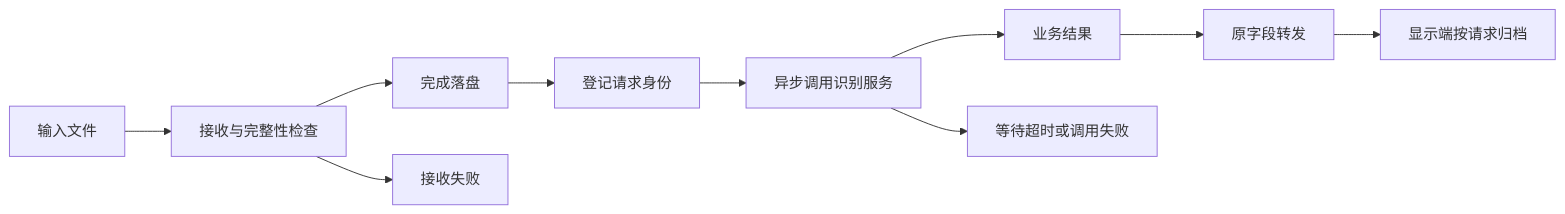
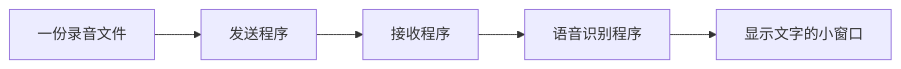
One commit to dreamcather726/ai-interaction-ui changed the diagram in docs/知识点/第二周/接口调用工程师｜第二周专业知识自学清单.md. Above: the diagram before and after it, drawn with Mermaid. The commit also changed other lines of this file and 11 other files, not shown here.

````diff
--- a/docs/知识点/第二周/接口调用工程师｜第二周专业知识自学清单.md
+++ b/docs/知识点/第二周/接口调用工程师｜第二周专业知识自学清单.md
@@ -15,12 +9,7 @@
 ```mermaid
 flowchart LR
-    A[输入文件] --> B[接收与完整性检查]
-    B --> C[完成落盘]
-    C --> D[登记请求身份]
-    D --> E[异步调用识别服务]
-    E --> F[业务结果]
-    F --> G[原字段转发]
-    G --> H[显示端按请求归档]
-    B --> X[接收失败]
-    E --> Y[等待超时或调用失败]
+    A[一份录音文件] --> B[发送程序]
+    B --> C[接收程序]
+    C --> D[语音识别程序]
+    D --> E[显示文字的小窗口]
 ```
````
